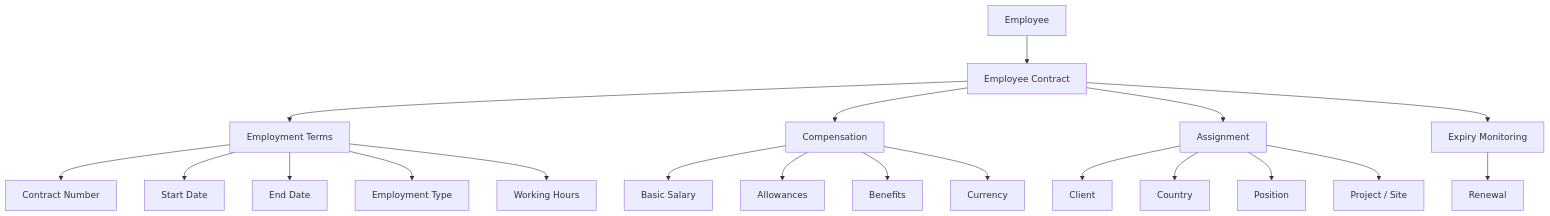
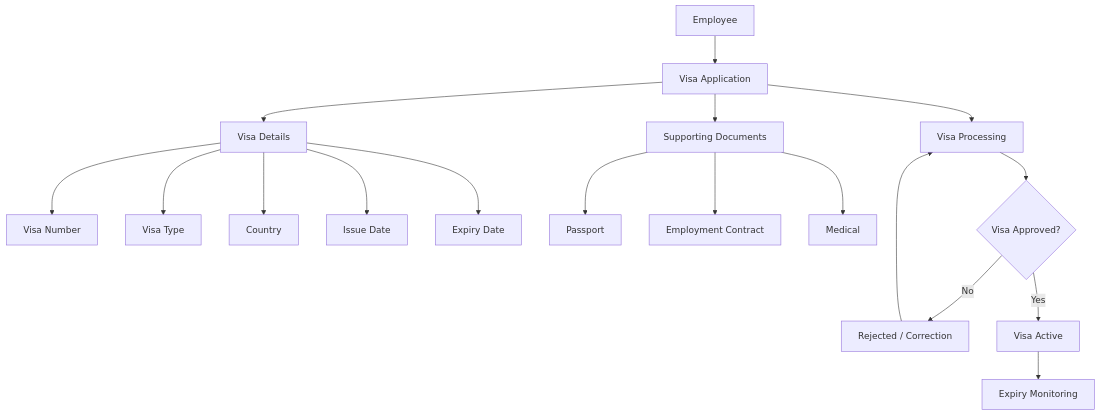
Before and after one commit to Plug0007/erpnext-niglobal: diagram 11 of 25 in README.md, drawn with Mermaid. The commit also changed other lines of this file, not shown here.

````diff
--- a/README.md
+++ b/README.md
@@ -589,35 +641,31 @@
 ```mermaid
 flowchart TD
     %% =========================================================
-    %% EMPLOYEE CONTRACT
-    %% Employment relationship with the worker.
+    %% VISA
+    %% Visa application and processing.
     %% =========================================================
 
-    A[Employee] --> B[Employee Contract]
+    A["Employee"]
+    A --> B["Visa Application"]
 
-    %% Employment terms.
-    B --> C[Employment Terms]
-    C --> C1[Contract Number]
-    C --> C2[Start Date]
-    C --> C3[End Date]
-    C --> C4[Employment Type]
-    C --> C5[Working Hours]
+    B --> C["Visa Details"]
+    C --> C1["Visa Number"]
+    C --> C2["Visa Type"]
+    C --> C3["Country"]
+    C --> C4["Issue Date"]
+    C --> C5["Expiry Date"]
 
-    %% Compensation.
-    B --> D[Compensation]
-    D --> D1[Basic Salary]
-    D --> D2[Allowances]
-    D --> D3[Benefits]
-    D --> D4[Currency]
+    B --> D["Supporting Documents"]
+    D --> D1["Passport"]
+    D --> D2["Employment Contract"]
+    D --> D3["Medical"]
 
-    %% Overseas assignment.
-    B --> E[Assignment]
-    E --> E1[Client]
-    E --> E2[Country]
-    E --> E3[Position]
-    E --> E4[Project / Site]
+    B --> E["Visa Processing"]
+    E --> F{"Visa Approved?"}
 
-    %% Contract lifecycle.
-    B --> F[Expiry Monitoring]
-    F --> G[Renewal]
+    F -->|No| G["Rejected / Correction"]
+    G --> E
+
+    F -->|Yes| H["Visa Active"]
+    H --> I["Expiry Monitoring"]
 ```
````
